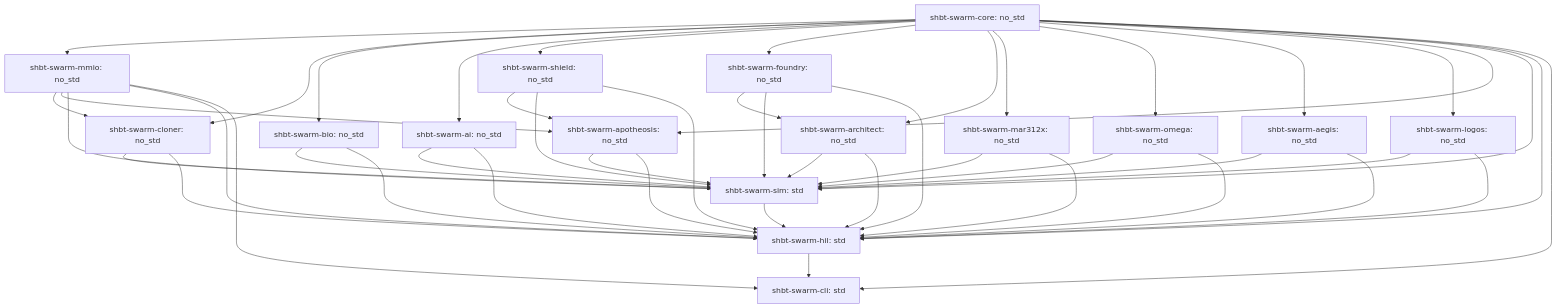
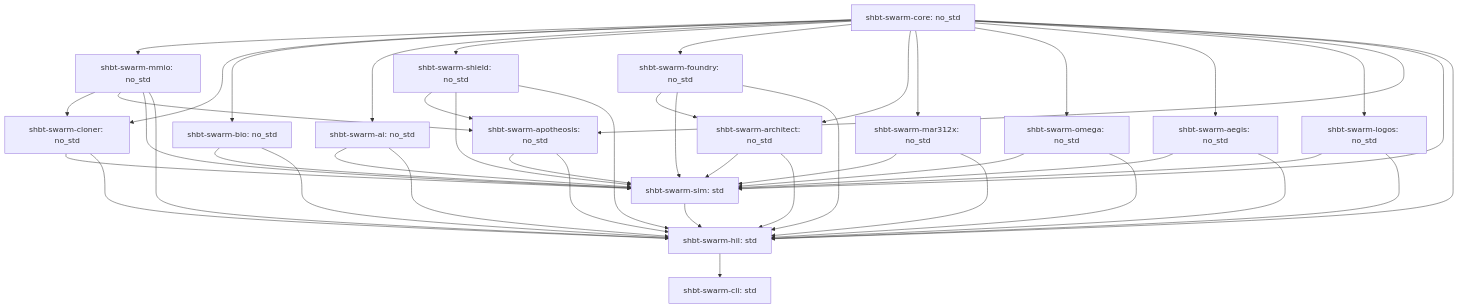
One commit to sys1own/shbt-swarm changed the diagram in ARCHITECTURE.md. Above: the diagram before and after it, drawn with Mermaid. The commit also changed other lines of this file and 4 other files, not shown here.

Commit message:
docs(architecture): update ARCHITECTURE.md to 6-phase 16-crate specification, ABI v6 apertures, and pristine GFM math syntax (208/208 PASS, 57/57 UNSAT)

````diff
--- a/ARCHITECTURE.md
+++ b/ARCHITECTURE.md
@@ -11,49 +90,47 @@
 ```mermaid
 graph TD
-    A[shbt-swarm-core: no_std] --> B[shbt-swarm-mmio: no_std]
-    A --> C[shbt-swarm-cloner: no_std]
-    B --> C
-    A --> D[shbt-swarm-bio: no_std]
-    A --> E[shbt-swarm-ai: no_std]
-    A --> F[shbt-swarm-shield: no_std]
-    A --> G[shbt-swarm-foundry: no_std]
-    A --> H[shbt-swarm-architect: no_std]
-    G --> H
-    A --> I[shbt-swarm-mar312x: no_std]
-    A --> OM[shbt-swarm-omega: no_std]
-    A --> AG[shbt-swarm-aegis: no_std]
-    A --> LO[shbt-swarm-logos: no_std]
-    A --> AP[shbt-swarm-apotheosis: no_std]
-    B --> AP
-    F --> AP
-    A --> J[shbt-swarm-sim: std]
-    B --> J
-    C --> J
-    D --> J
-    E --> J
-    F --> J
-    G --> J
-    H --> J
-    I --> J
-    OM --> J
-    AG --> J
-    LO --> J
-    AP --> J
-    A --> K[shbt-swarm-hil: std]
-    B --> K
-    C --> K
-    D --> K
-    E --> K
-    F --> K
-    G --> K
-    H --> K
-    I --> K
-    OM --> K
-    AG --> K
-    LO --> K
-    AP --> K
-    J --> K
-    A --> L[shbt-swarm-cli: std]
-    B --> L
-    K --> L
+    core[shbt-swarm-core: no_std] --> mmio[shbt-swarm-mmio: no_std]
+    core --> cloner[shbt-swarm-cloner: no_std]
+    mmio --> cloner
+    core --> bio[shbt-swarm-bio: no_std]
+    core --> ai[shbt-swarm-ai: no_std]
+    core --> shield[shbt-swarm-shield: no_std]
+    core --> foundry[shbt-swarm-foundry: no_std]
+    core --> architect[shbt-swarm-architect: no_std]
+    foundry --> architect
+    core --> mar312x[shbt-swarm-mar312x: no_std]
+    core --> omega[shbt-swarm-omega: no_std]
+    core --> aegis[shbt-swarm-aegis: no_std]
+    core --> logos[shbt-swarm-logos: no_std]
+    core --> apoth[shbt-swarm-apotheosis: no_std]
+    mmio --> apoth
+    shield --> apoth
+    omega --> sim[shbt-swarm-sim: std]
+    aegis --> sim
+    logos --> sim
+    apoth --> sim
+    core --> sim
+    mmio --> sim
+    cloner --> sim
+    bio --> sim
+    ai --> sim
+    shield --> sim
+    foundry --> sim
+    architect --> sim
+    mar312x --> sim
+    core --> hil[shbt-swarm-hil: std]
+    mmio --> hil
+    cloner --> hil
+    bio --> hil
+    ai --> hil
+    shield --> hil
+    foundry --> hil
+    architect --> hil
+    mar312x --> hil
+    omega --> hil
+    aegis --> hil
+    logos --> hil
+    apoth --> hil
+    sim --> hil
+    hil --> cli[shbt-swarm-cli: std]
 ```
````
